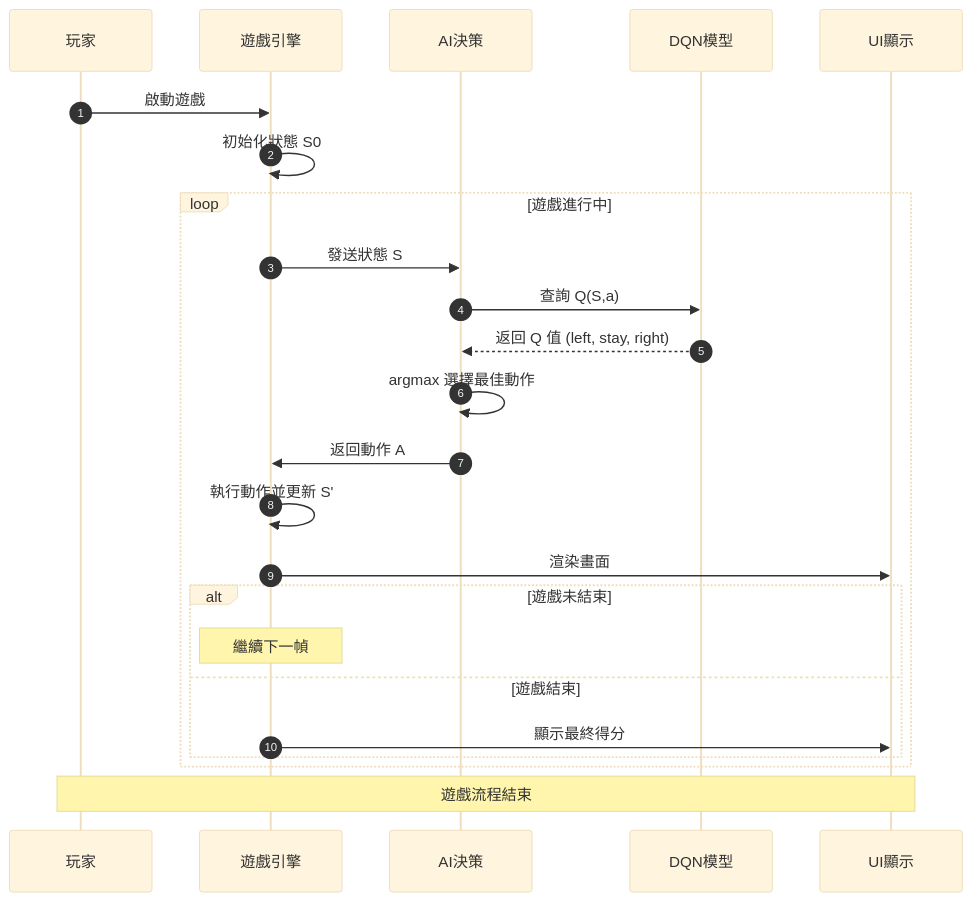
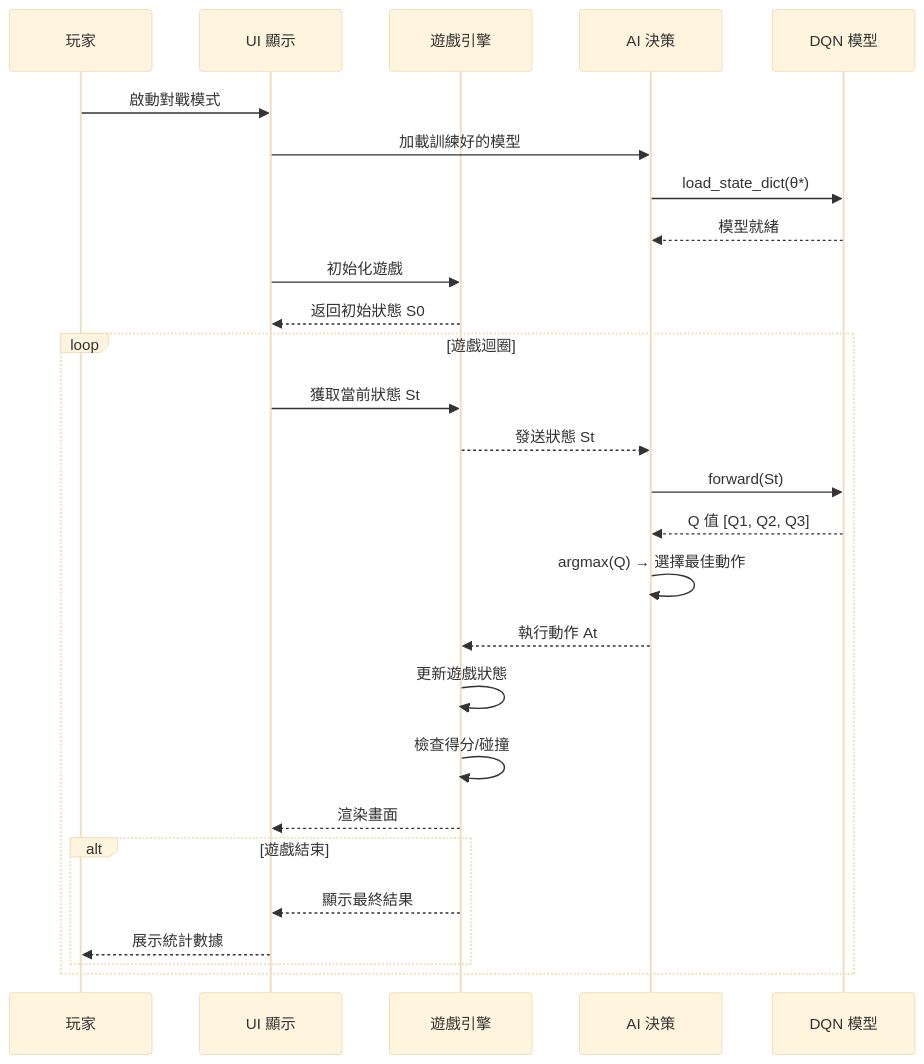
Before and after one commit to C111112104/ML_Game: the eighth of 10 diagrams in doc/ping-pong-ai-project.md, drawn with Mermaid (base theme). The commit also changed other lines of this file, not shown here.

````diff
--- a/doc/ping-pong-ai-project.md
+++ b/doc/ping-pong-ai-project.md
@@ -305,32 +298,35 @@
 ```mermaid
 sequenceDiagram
-    autonumber
     participant User as 玩家
-    participant Game as 遊戲引擎
-    participant AI as AI決策
-    participant Model as DQN模型
-    participant UI as UI顯示
+    participant UI as UI 顯示
+    participant Env as 遊戲引擎
+    participant Agent as AI 決策
+    participant DQN as DQN 模型
 
-    User->>Game: 啟動遊戲
-    Game->>Game: 初始化狀態 S0
+    User->>UI: 啟動對戰模式
+    UI->>Agent: 加載訓練好的模型
+    Agent->>DQN: load_state_dict(θ*)
+    DQN-->>Agent: 模型就緒
 
-    loop 遊戲進行中
-        Game->>AI: 發送狀態 S
-        AI->>Model: 查詢 Q(S,a)
-        Model-->>AI: 返回 Q 值 (left, stay, right)
-        AI->>AI: argmax 選擇最佳動作
-        AI->>Game: 返回動作 A
+    UI->>Env: 初始化遊戲
+    Env-->>UI: 返回初始狀態 S0
 
-        Game->>Game: 執行動作並更新 S'
-        Game->>UI: 渲染畫面
+    loop 遊戲迴圈
+        UI->>Env: 獲取當前狀態 St
+        Env-->>Agent: 發送狀態 St
 
-        alt 遊戲未結束
-            Note over Game: 繼續下一幀
-        else 遊戲結束
-            Game->>UI: 顯示最終得分
+        Agent->>DQN: forward(St)
+        DQN-->>Agent: Q 值 [Q1, Q2, Q3]
+        Agent->>Agent: argmax(Q) → 選擇最佳動作
+        Agent-->>Env: 執行動作 At
+
+        Env->>Env: 更新遊戲狀態
+        Env->>Env: 檢查得分/碰撞
+        Env-->>UI: 渲染畫面
+
+        alt 遊戲結束
+            Env-->>UI: 顯示最終結果
+            UI-->>User: 展示統計數據
         end
     end
-
-    Note over User,UI: 遊戲流程結束
-
 ```
````
